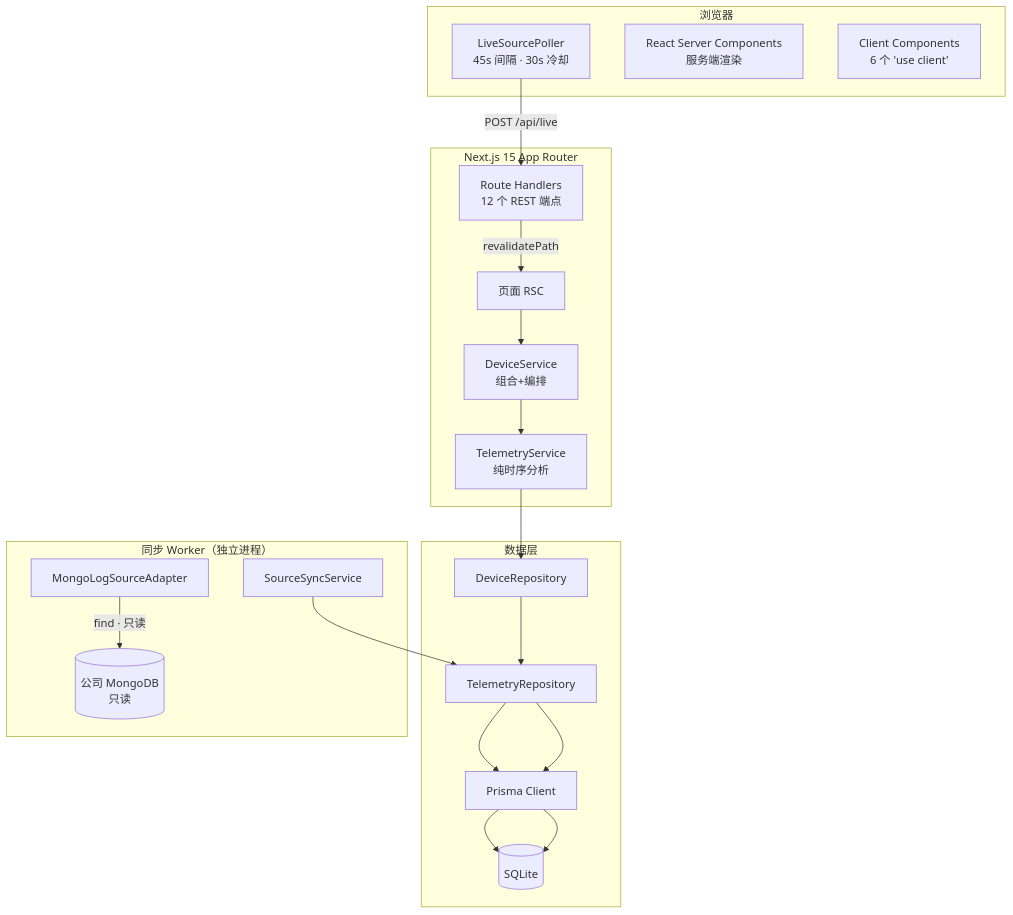
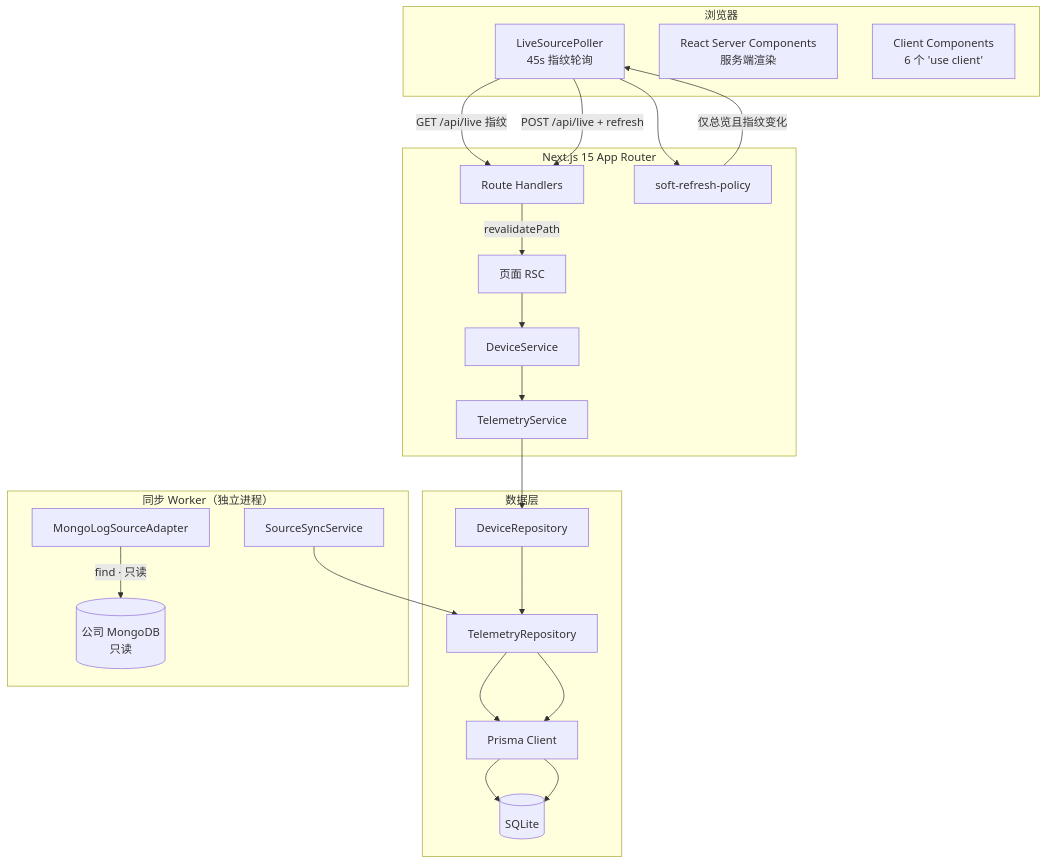
The second of 3 diagrams in docs/10-STUD-学习/01-STUD-技术路线总览.md (Jovifei/anti_reverse_device_monitor), drawn with Mermaid before and after one commit. The commit also changed other lines of this file and 21 other files, not shown here.

````diff
--- a/docs/10-STUD-学习/01-STUD-技术路线总览.md
+++ b/docs/10-STUD-学习/01-STUD-技术路线总览.md
@@ -29,34 +101,38 @@
 ```mermaid
 flowchart TB
     subgraph Browser["浏览器"]
-        POLLER[LiveSourcePoller\n45s 间隔 · 30s 冷却]
+        POLLER[LiveSourcePoller\n45s 指纹轮询]
         RSC[React Server Components\n服务端渲染]
         CC[Client Components\n6 个 'use client']
     end
 
     subgraph Next["Next.js 15 App Router"]
         PAGES[页面 RSC]
-        API[Route Handlers\n12 个 REST 端点]
-        DS[DeviceService\n组合+编排]
-        TS[TelemetryService\n纯时序分析]
+        API[Route Handlers]
+        POLICY[soft-refresh-policy]
+        DS[DeviceService]
+        TS[TelemetryService]
     end
 
     subgraph Data["数据层"]
         DR[DeviceRepository]
         TR[TelemetryRepository]
         PRISMA[Prisma Client]
         SQLITE[(SQLite)]
     end
 
     subgraph Sync["同步 Worker（独立进程）"]
         SYNC[SourceSyncService]
         MONGO[MongoLogSourceAdapter]
         SRC_MONGO[(公司 MongoDB\n只读)]
     end
 
-    POLLER -->|POST /api/live| API
+    POLLER -->|GET /api/live 指纹| API
+    POLLER --> POLICY
+    POLICY -->|仅总览且指纹变化| POLLER
+    POLLER -->|POST /api/live + refresh| API
     API -->|revalidatePath| PAGES
     PAGES --> DS --> TS --> DR --> TR --> PRISMA --> SQLITE
     MONGO -->|find · 只读| SRC_MONGO
     SYNC --> TR --> PRISMA --> SQLITE
 ```
````
